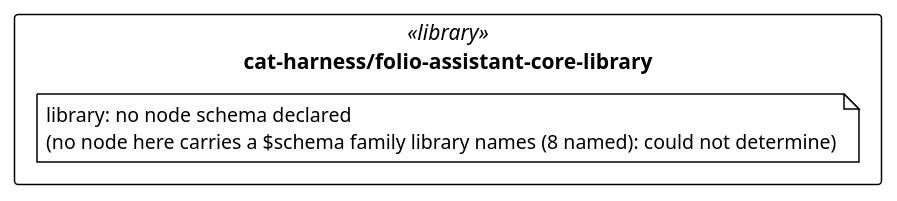
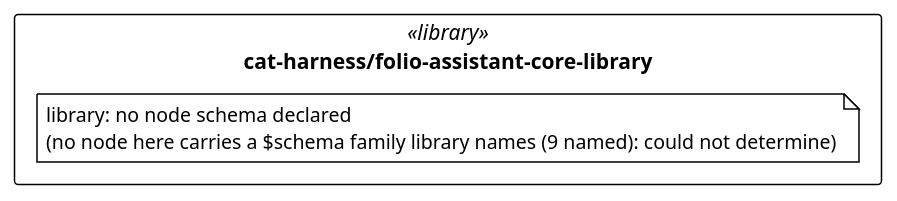
One commit to litlfred/folio-assistant changed the diagram in cat-harness/uml/overview/cat-harness/folio-assistant-core-library.puml. Above: the diagram before and after it, drawn with PlantUML. The commit also changed 44 other files, not shown here.

```diff
--- a/cat-harness/uml/overview/cat-harness/folio-assistant-core-library.puml
+++ b/cat-harness/uml/overview/cat-harness/folio-assistant-core-library.puml
@@ -3,13 +3,13 @@
 @startuml cat_harness_folio_assistant_core_library
 !pragma layout elk
 !theme plain
 skinparam classAttributeIconSize 0
 skinparam shadowing false
 skinparam packageStyle rectangle
 hide empty methods
 
 package "cat-harness/folio-assistant-core-library" as pkg_cat_harness_folio_assistant_core_library <<library>> {
-  note "library: no node schema declared\n(no node here carries a $schema family library names (8 named): could not determine)" as n_cat_harness_folio_assistant_core_library_library
+  note "library: no node schema declared\n(no node here carries a $schema family library names (9 named): could not determine)" as n_cat_harness_folio_assistant_core_library_library
 }
 
 @enduml
```
